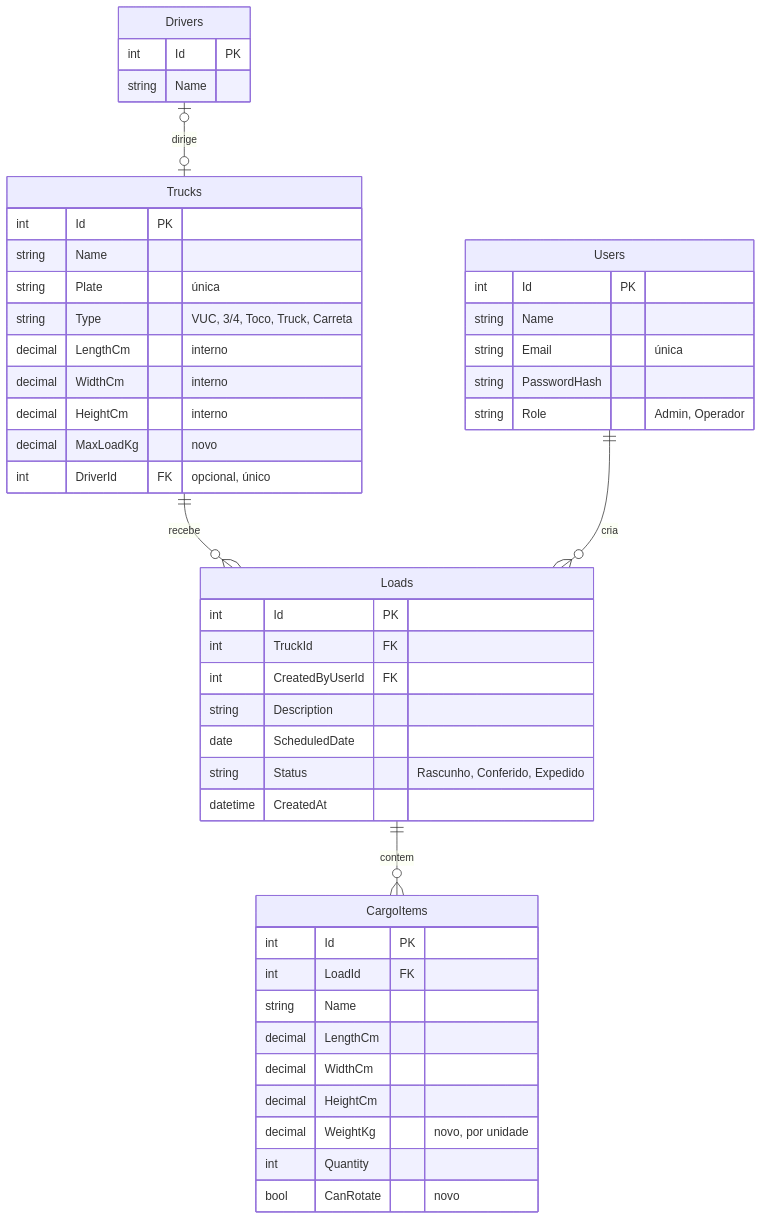
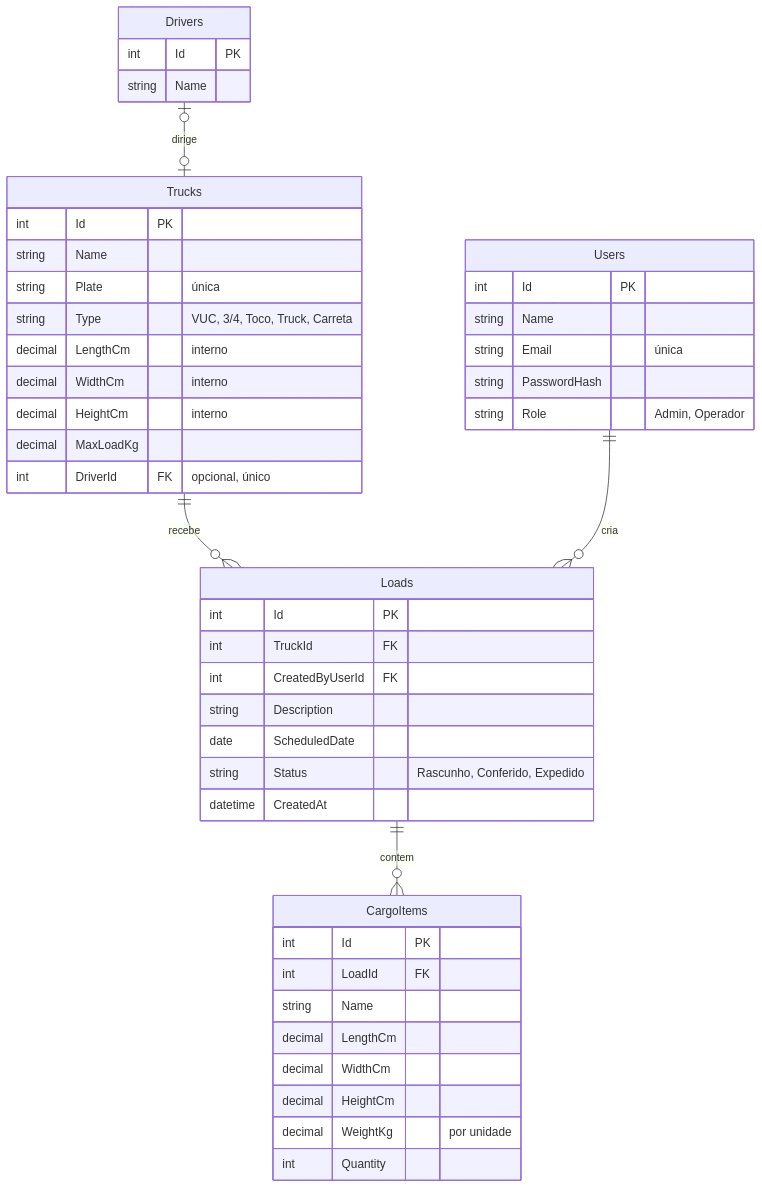
Before and after one commit to aeelmesq/pim-cubagem: the second of 2 diagrams in base-conhecimento/06-modelo-de-dados.md, drawn with Mermaid. The commit also changed other lines of this file and 36 other files, not shown here.

````diff
--- a/base-conhecimento/06-modelo-de-dados.md
+++ b/base-conhecimento/06-modelo-de-dados.md
@@ -41,49 +43,48 @@
 ```mermaid
 erDiagram
     Trucks ||--o{ Loads : recebe
     Loads ||--o{ CargoItems : contem
     Users ||--o{ Loads : cria
     Drivers |o--o| Trucks : dirige
     Trucks {
         int Id PK
         string Name
         string Plate "única"
         string Type "VUC, 3/4, Toco, Truck, Carreta"
         decimal LengthCm "interno"
         decimal WidthCm "interno"
         decimal HeightCm "interno"
-        decimal MaxLoadKg "novo"
+        decimal MaxLoadKg
         int DriverId FK "opcional, único"
     }
     Drivers {
         int Id PK
         string Name
     }
     Loads {
         int Id PK
         int TruckId FK
         int CreatedByUserId FK
         string Description
         date ScheduledDate
         string Status "Rascunho, Conferido, Expedido"
         datetime CreatedAt
     }
     CargoItems {
         int Id PK
         int LoadId FK
         string Name
         decimal LengthCm
         decimal WidthCm
         decimal HeightCm
-        decimal WeightKg "novo, por unidade"
+        decimal WeightKg "por unidade"
         int Quantity
-        bool CanRotate "novo"
     }
     Users {
         int Id PK
         string Name
         string Email "única"
         string PasswordHash
         string Role "Admin, Operador"
     }
 ```
````
